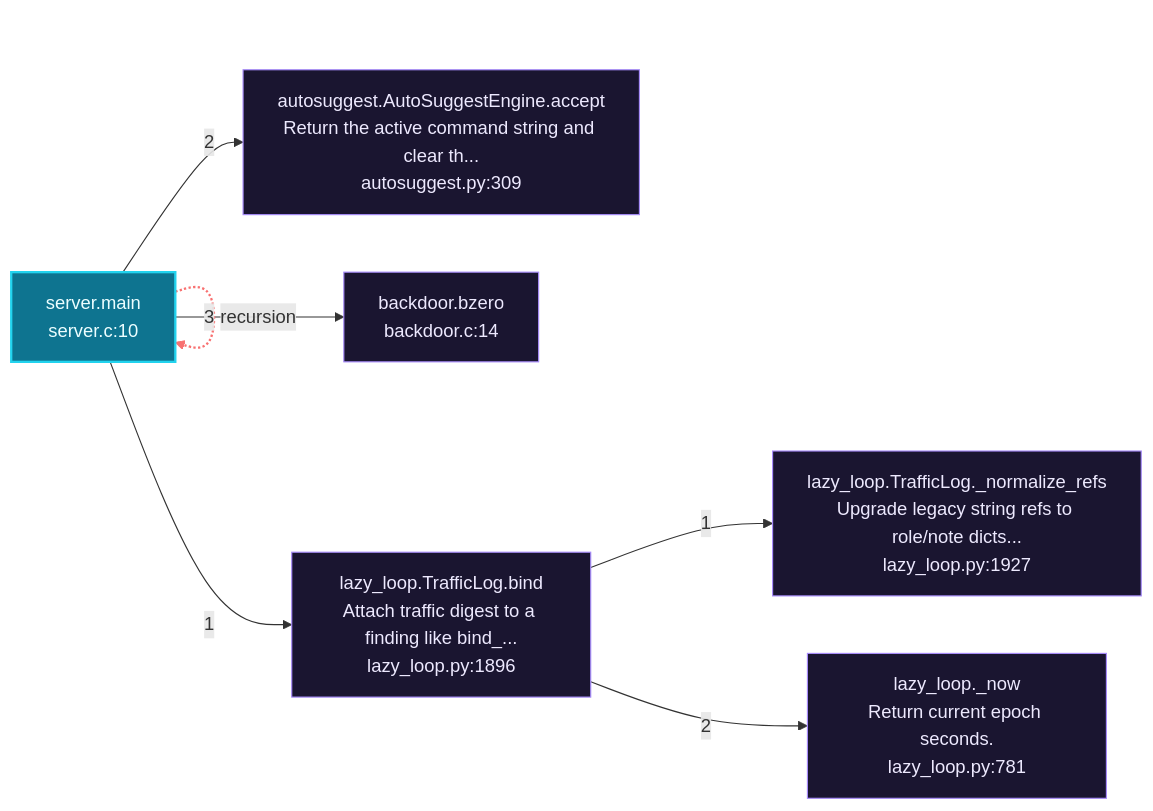
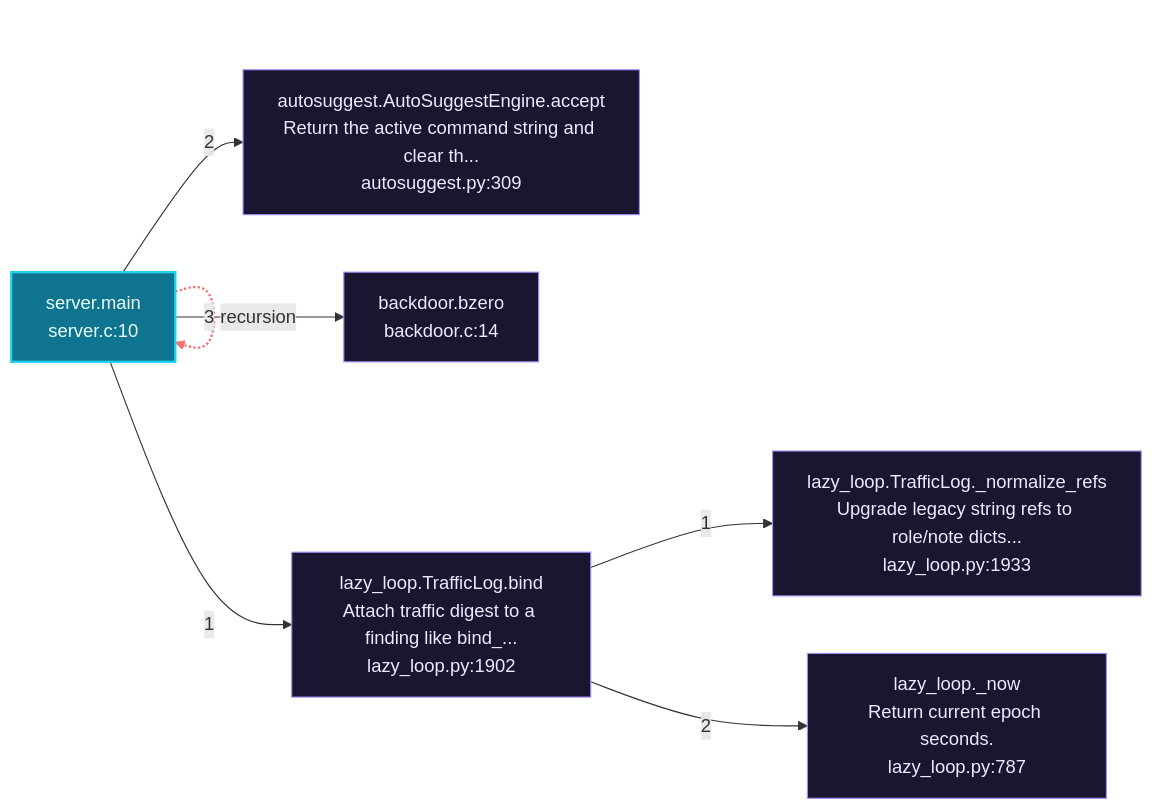
One commit to grisuno/LazyOwn changed the second of 6 diagrams in readmenator-apidocs/architecture.md. Above: the diagram before and after it, drawn with Mermaid. The commit also changed other lines of this file and 496 other files, not shown here.

````diff
--- a/readmenator-apidocs/architecture.md
+++ b/readmenator-apidocs/architecture.md
@@ -175,18 +179,18 @@
 ```mermaid
 flowchart LR
     classDef entry fill:#0e7490,stroke:#22d3ee,color:#ecfeff,stroke-width:2px;
     classDef external fill:#1a1530,stroke:#a78bfa,color:#ede9fe;
     n_modules_backdoor_server_c__main["server.main<br/>server.c:10"]:::entry
-    n_modules_lazy_loop_py__bind["lazy_loop.TrafficLog.bind<br/>Attach traffic digest to a finding like bind_...<br/>lazy_loop.py:1896"]:::external
-    n_modules_lazy_loop_py___normalize_refs["lazy_loop.TrafficLog._normalize_refs<br/>Upgrade legacy string refs to role/note dicts...<br/>lazy_loop.py:1927"]:::external
-    n_modules_lazy_loop_py___now["lazy_loop._now<br/>Return current epoch seconds.<br/>lazy_loop.py:781"]:::external
+    n_modules_lazy_loop_py__bind["lazy_loop.TrafficLog.bind<br/>Attach traffic digest to a finding like bind_...<br/>lazy_loop.py:1902"]:::external
+    n_modules_lazy_loop_py___normalize_refs["lazy_loop.TrafficLog._normalize_refs<br/>Upgrade legacy string refs to role/note dicts...<br/>lazy_loop.py:1933"]:::external
+    n_modules_lazy_loop_py___now["lazy_loop._now<br/>Return current epoch seconds.<br/>lazy_loop.py:787"]:::external
     n_cli_autosuggest_py__accept["autosuggest.AutoSuggestEngine.accept<br/>Return the active command string and clear th...<br/>autosuggest.py:309"]:::external
     n_modules_backdoor_backdoor_c__bzero["backdoor.bzero<br/>backdoor.c:14"]:::external
     n_modules_backdoor_server_c__main -.->|"recursion"| n_modules_backdoor_server_c__main
     n_modules_backdoor_server_c__main -->|"1"| n_modules_lazy_loop_py__bind
     n_modules_lazy_loop_py__bind -->|"1"| n_modules_lazy_loop_py___normalize_refs
     n_modules_lazy_loop_py__bind -->|"2"| n_modules_lazy_loop_py___now
     n_modules_backdoor_server_c__main -->|"2"| n_cli_autosuggest_py__accept
     n_modules_backdoor_server_c__main -->|"3"| n_modules_backdoor_backdoor_c__bzero
     linkStyle 0 stroke:#f87171,stroke-width:2px;
 ```
````
